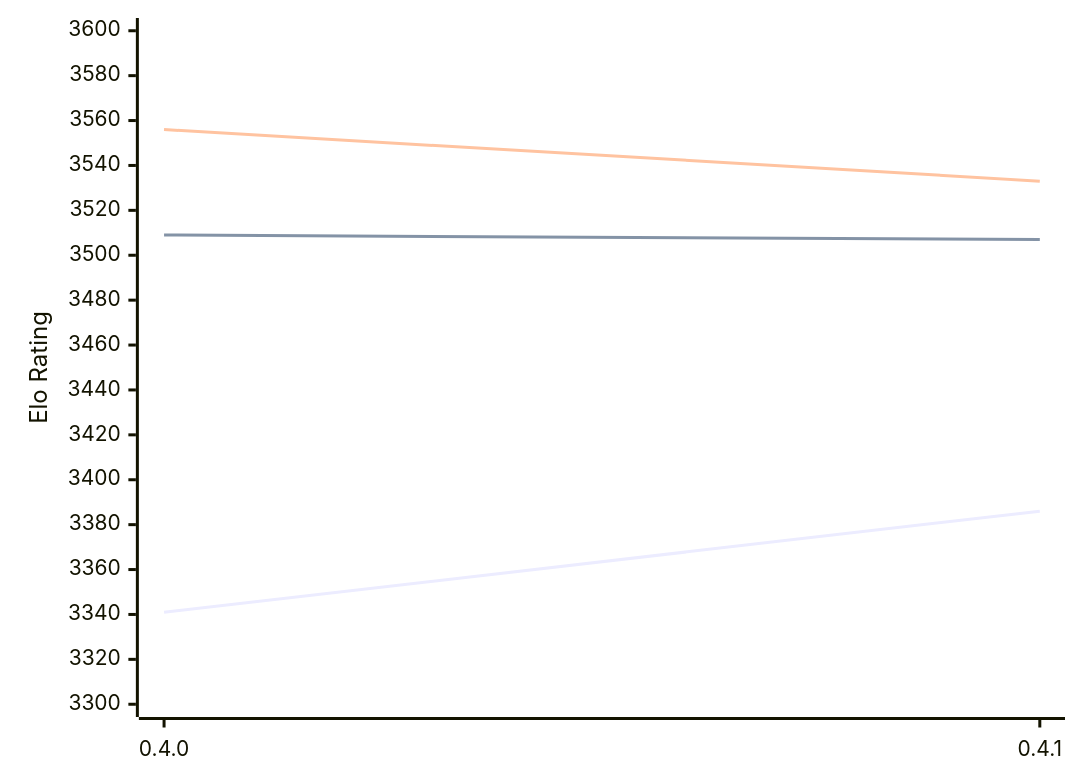
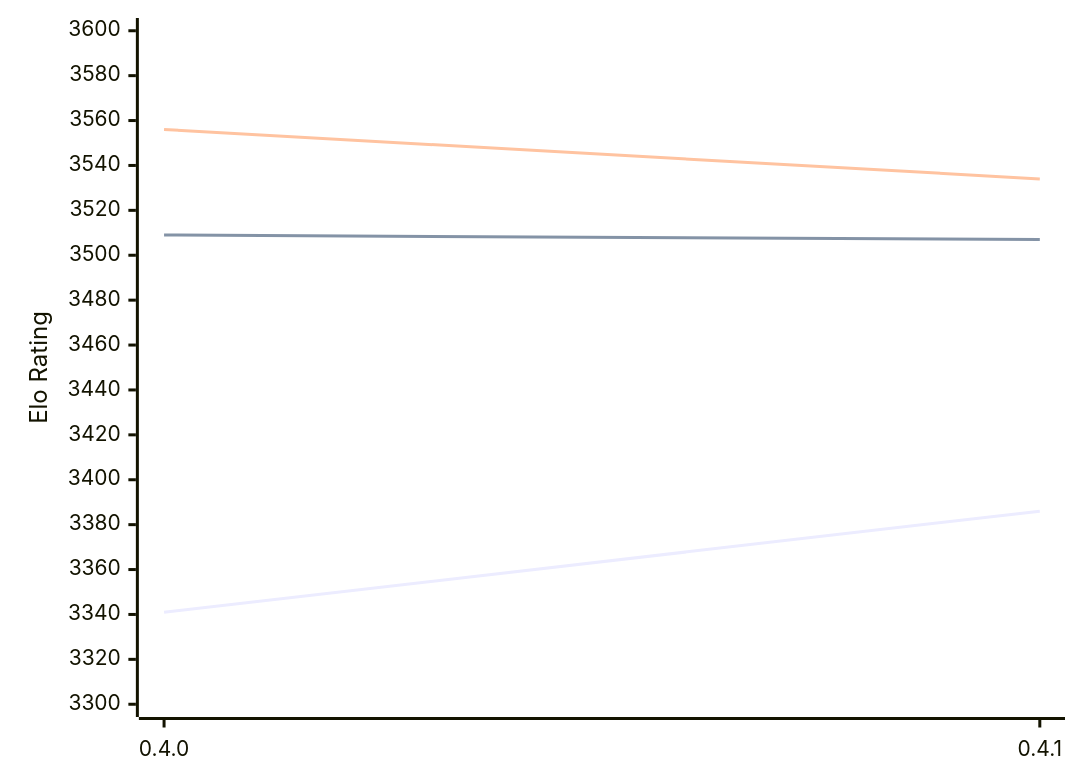
One commit to computer-chess-index/cci changed the diagram in engines/Cinder.md. Above: the diagram before and after it, drawn with Mermaid. The commit also changed other lines of this file, not shown here.

Commit message:
Update CCI Ratings (ELO VLTC) - 2026-02-12

````diff
--- a/engines/Cinder.md
+++ b/engines/Cinder.md
@@ -37,9 +37,9 @@
 ```mermaid
 %%{init: {"theme":"base","themeVariables":{"seriesColors:['#a3a3a3','#222221','#faa371']}}}%%
 xychart-beta
   x-axis ["0.4.0", "0.4.1"]
   y-axis "Elo Rating" 3300 --> 3600
   line "STC (8.0+0.08s)" [3341, 3386]
   line "LTC (60.0+0.60s)" [3509, 3507]
-  line "VLTC (2m24s+1.12s)" [3556, 3533]
+  line "VLTC (2m24s+1.12s)" [3556, 3534]
 ```
````
